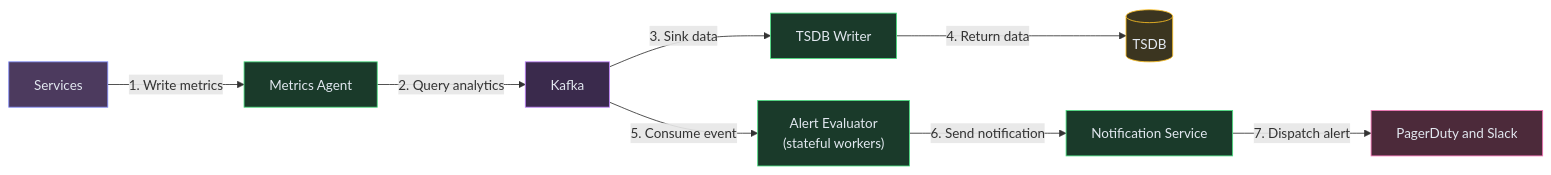
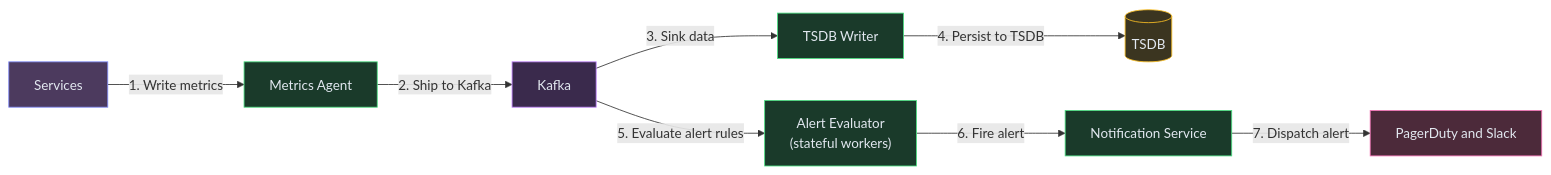
The fourth of 7 diagrams in content/hld/MetricsMonitoring.md (iluzn/HLD-Designs), drawn with Mermaid before and after one commit. The commit also changed other lines of this file and 27 other files, not shown here.

````diff
--- a/content/hld/MetricsMonitoring.md
+++ b/content/hld/MetricsMonitoring.md
@@ -261,25 +261,25 @@
 ```mermaid
 flowchart LR
     APPS["Services"]:::client
     AGENT["Metrics Agent"]:::service
     KAFKA["Kafka"]:::async
     WRITER["TSDB Writer"]:::service
     TSDB[("TSDB")]:::data
     ALERT["Alert Evaluator<br/>(stateful workers)"]:::service
     NOTIFY["Notification Service"]:::service
     PD["PagerDuty and Slack"]:::external
 
     APPS -->|"1. Write metrics"| AGENT
-    AGENT -->|"2. Query analytics"| KAFKA
+    AGENT -->|"2. Ship to Kafka"| KAFKA
     KAFKA -->|"3. Sink data"| WRITER
-    WRITER -->|"4. Return data"| TSDB
-    KAFKA -->|"5. Consume event"| ALERT
-    ALERT -->|"6. Send notification"| NOTIFY
+    WRITER -->|"4. Persist to TSDB"| TSDB
+    KAFKA -->|"5. Evaluate alert rules"| ALERT
+    ALERT -->|"6. Fire alert"| NOTIFY
     NOTIFY -->|"7. Dispatch alert"| PD
 
     classDef client fill:#4c3a5e,stroke:#818cf8,color:#e2e8f0
     classDef service fill:#1a3a2a,stroke:#4ade80,color:#e2e8f0
     classDef data fill:#3b3520,stroke:#fbbf24,color:#e2e8f0
     classDef async fill:#3a2a4c,stroke:#c084fc,color:#e2e8f0
     classDef external fill:#4c2a3a,stroke:#f472b6,color:#e2e8f0
 ```
````
